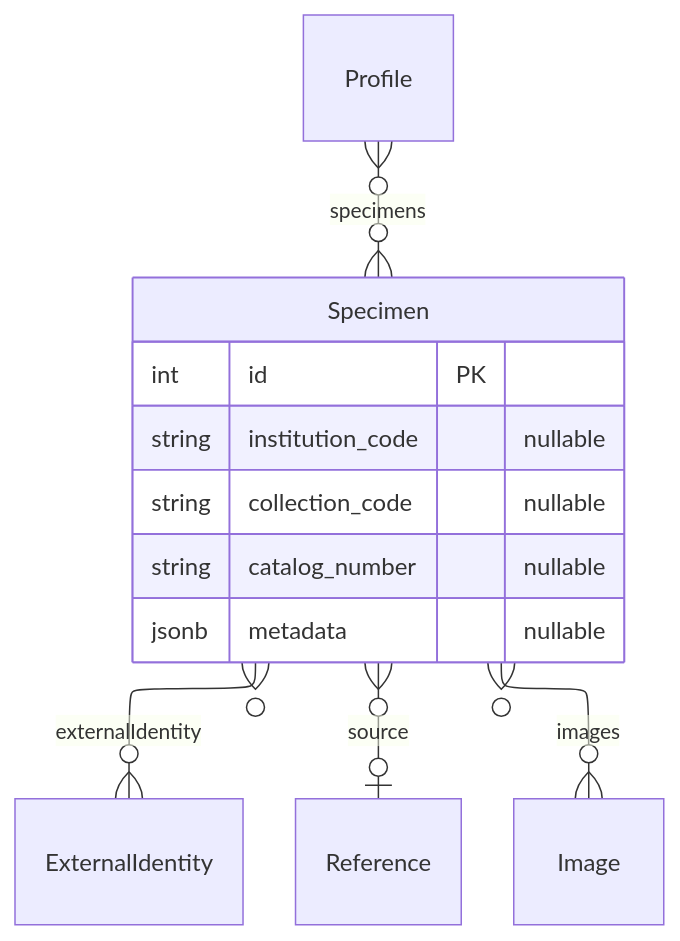
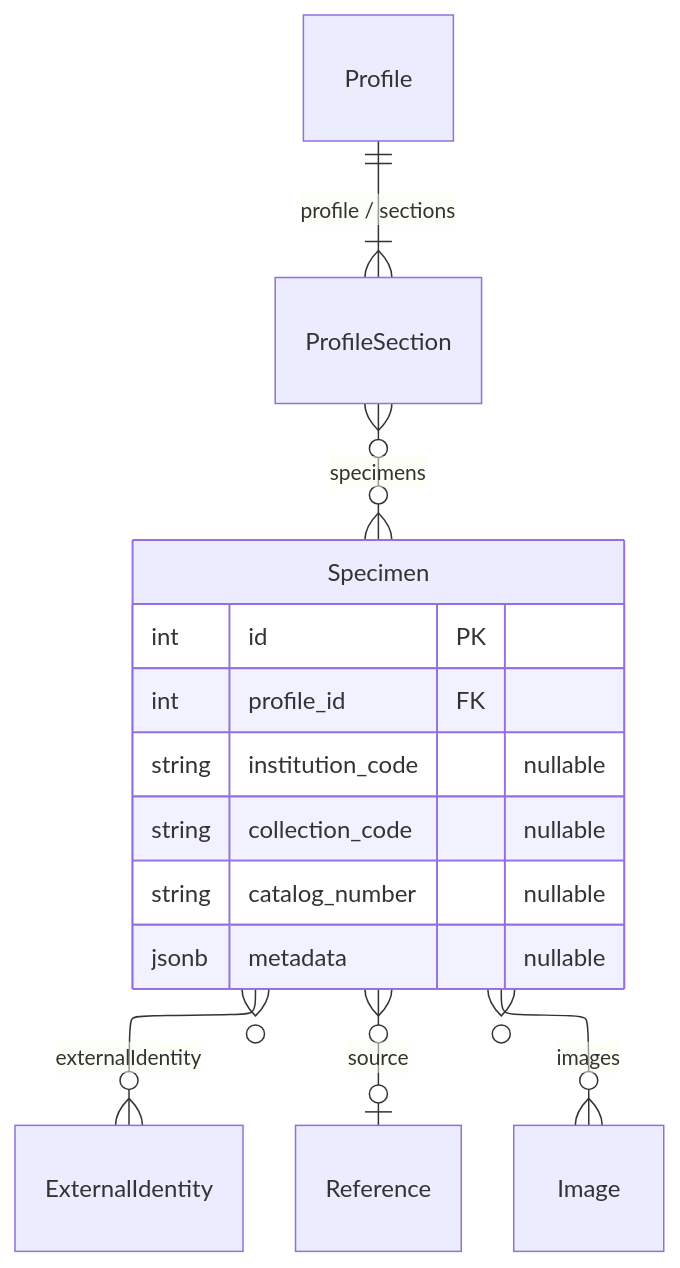
Before and after one commit to vicflora/vicflora-docs: the diagram in source/_mermaid/layer-5d-voucher.mmd, drawn with Mermaid. The commit also changed 1 other file, not shown here.

```diff
--- a/source/_mermaid/layer-5d-voucher.mmd
+++ b/source/_mermaid/layer-5d-voucher.mmd
@@ -1,17 +1,19 @@
 ---
 config:
   layout: elk
 ---
 erDiagram
-  Profile }o--o{ Specimen : "specimens"
+  Profile ||--|{ ProfileSection : "profile / sections"
+  ProfileSection }o--o{ Specimen : "specimens"
   Specimen }o--o{ ExternalIdentity : "externalIdentity"
   Specimen }o--o| Reference : "source"
   Specimen }o--o{ Image : "images"
 
   Specimen {
     int id PK
+    int profile_id FK
     string institution_code "nullable"
     string collection_code "nullable"
     string catalog_number "nullable"
     jsonb metadata "nullable"
   }
```
